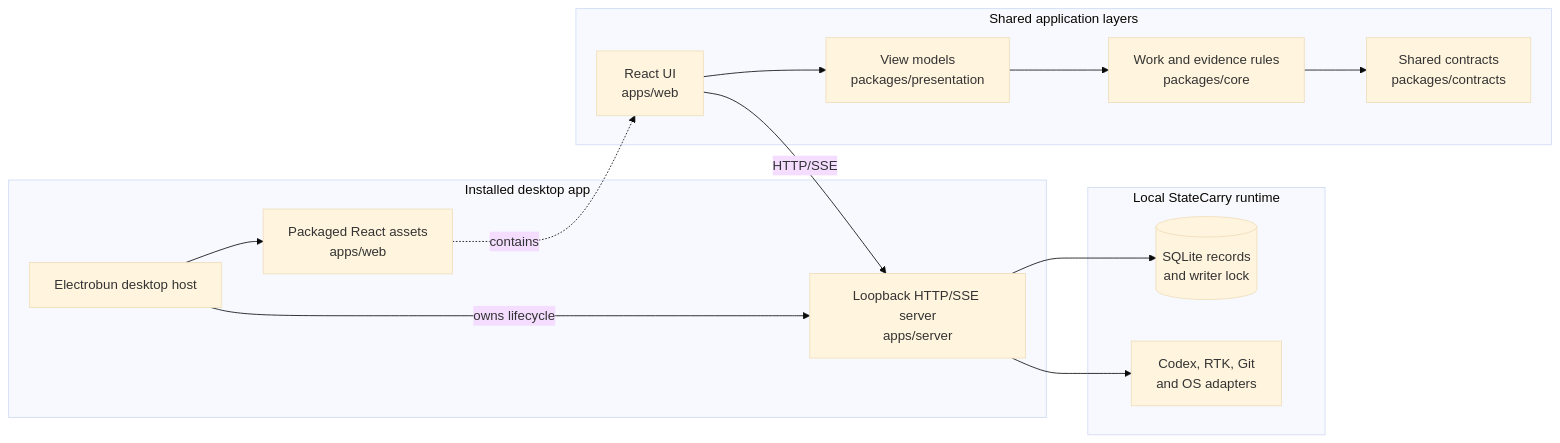
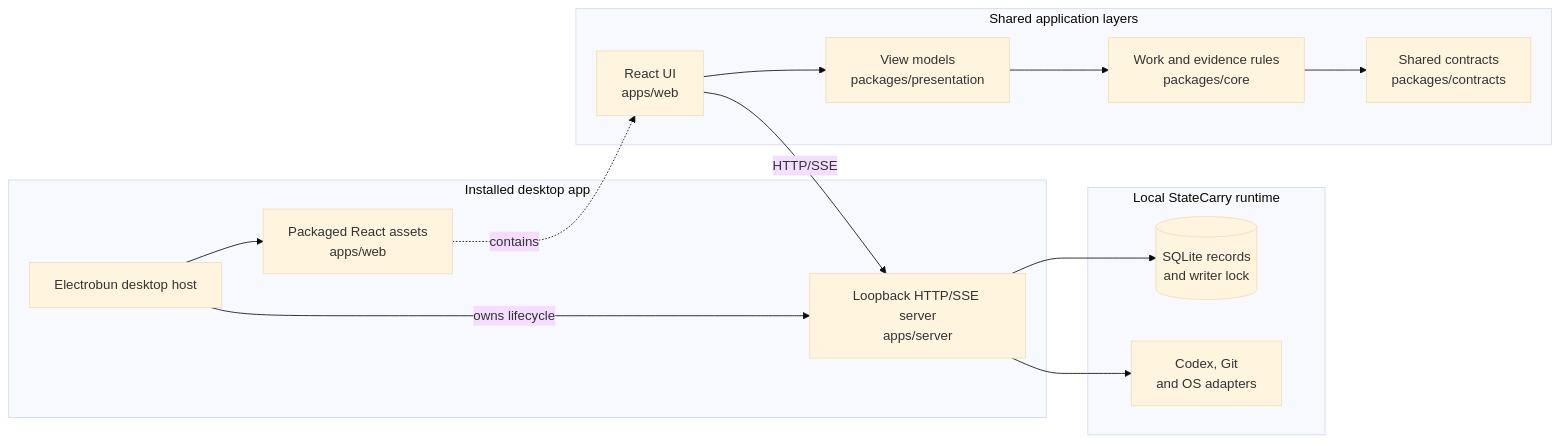
Before and after one commit to ThreeLightStudio/statecarry: the first of 2 diagrams in docs/architecture.md, drawn with Mermaid (base theme). The commit also changed other lines of this file and 27 other files, not shown here.

````diff
--- a/docs/architecture.md
+++ b/docs/architecture.md
@@ -9,28 +9,28 @@
 ```mermaid
 flowchart LR
   subgraph desktop[Installed desktop app]
     host[Electrobun desktop host]
     assets[Packaged React assets\napps/web]
     host --> assets
     host -->|owns lifecycle| server
   end
 
   subgraph runtime[Local StateCarry runtime]
     server[Loopback HTTP/SSE server\napps/server]
     db[(SQLite records\nand writer lock)]
-    adapters[Codex, RTK, Git\nand OS adapters]
+    adapters[Codex, Git\nand OS adapters]
     server --> db
     server --> adapters
   end
 
   subgraph shared[Shared application layers]
     web[React UI\napps/web]
     presentation[View models\npackages/presentation]
     core[Work and evidence rules\npackages/core]
     contracts[Shared contracts\npackages/contracts]
     web --> presentation --> core --> contracts
   end
 
   assets -. contains .-> web
   web -->|HTTP/SSE| server
 ```
````
